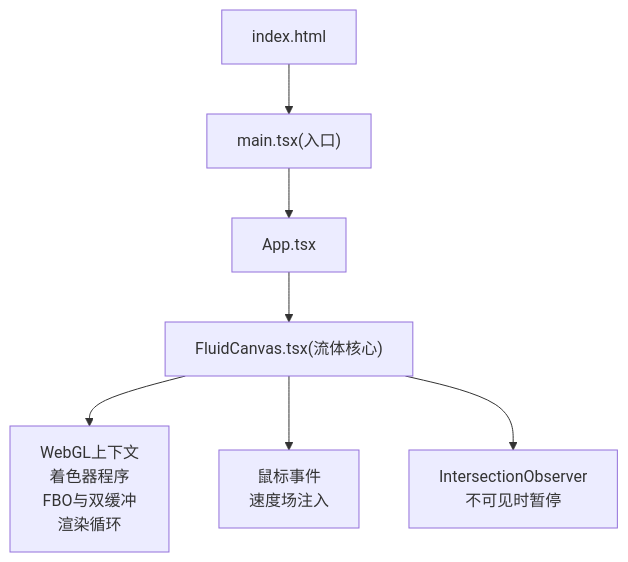
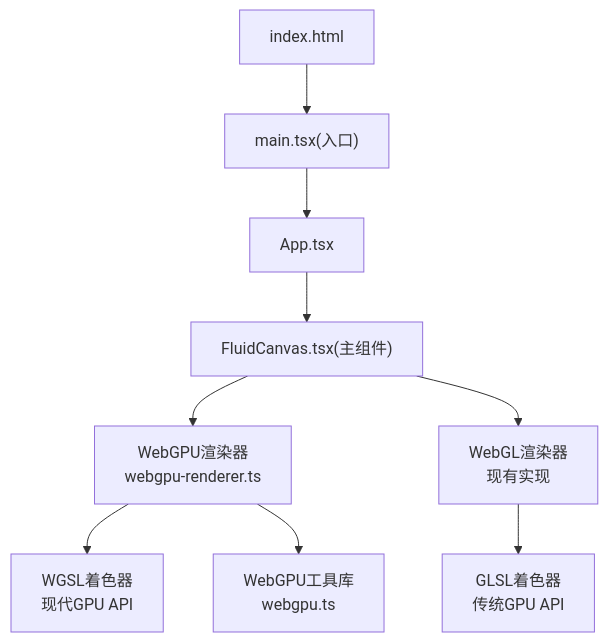
Before and after one commit to Primoguo/naolizhi.cn: the first of 3 diagrams in .qoder/repowiki/zh/content/核心功能模块/WebGL流体动画系统.md, drawn with Mermaid. The commit also changed other lines of this file and 73 other files, not shown here.

````diff
--- a/.qoder/repowiki/zh/content/核心功能模块/WebGL流体动画系统.md
+++ b/.qoder/repowiki/zh/content/核心功能模块/WebGL流体动画系统.md
@@ -29,9 +47,11 @@
 ```mermaid
 graph TB
 A["index.html"] --> B["main.tsx(入口)"]
 B --> C["App.tsx"]
-C --> D["FluidCanvas.tsx(流体核心)"]
-D --> E["WebGL上下文<br/>着色器程序<br/>FBO与双缓冲<br/>渲染循环"]
-D --> F["鼠标事件<br/>速度场注入"]
-D --> G["IntersectionObserver<br/>不可见时暂停"]
+C --> D["FluidCanvas.tsx(主组件)"]
+D --> E["WebGPU渲染器<br/>webgpu-renderer.ts"]
+D --> F["WebGL渲染器<br/>现有实现"]
+E --> G["WGSL着色器<br/>现代GPU API"]
+F --> H["GLSL着色器<br/>传统GPU API"]
+E --> I["WebGPU工具库<br/>webgpu.ts"]
 ```
````
